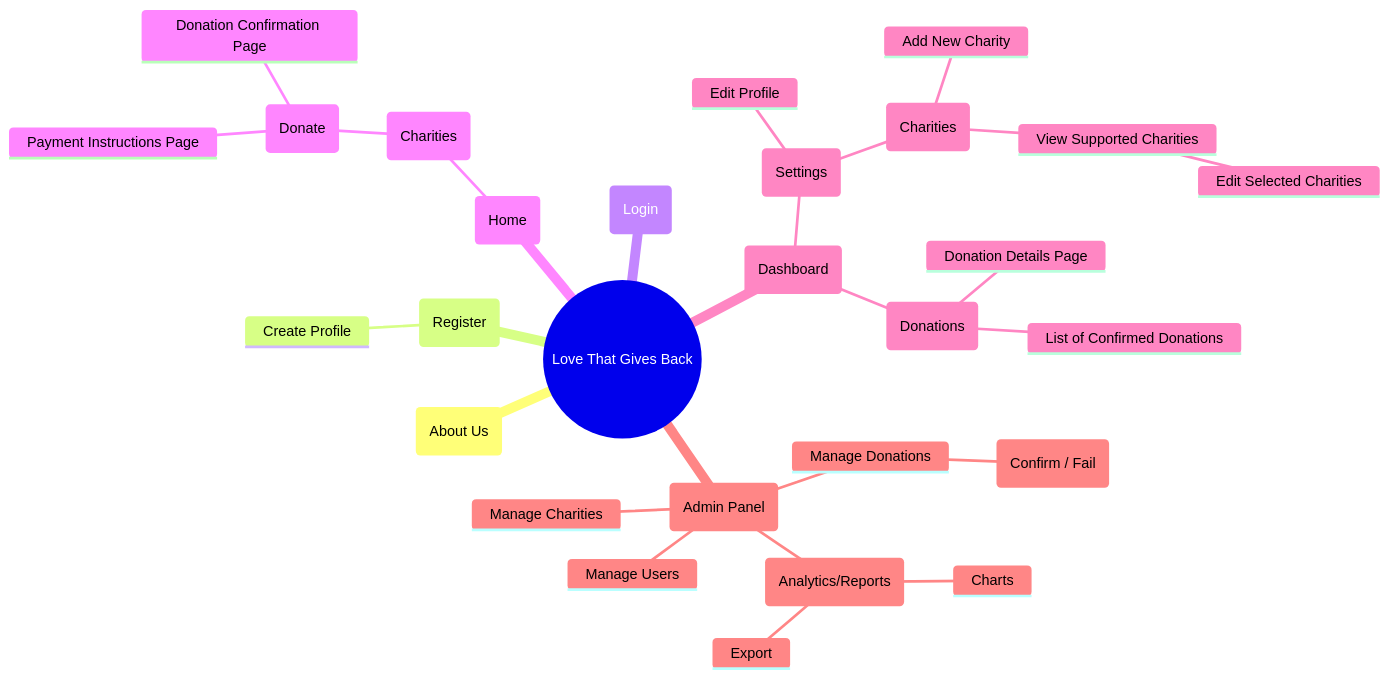
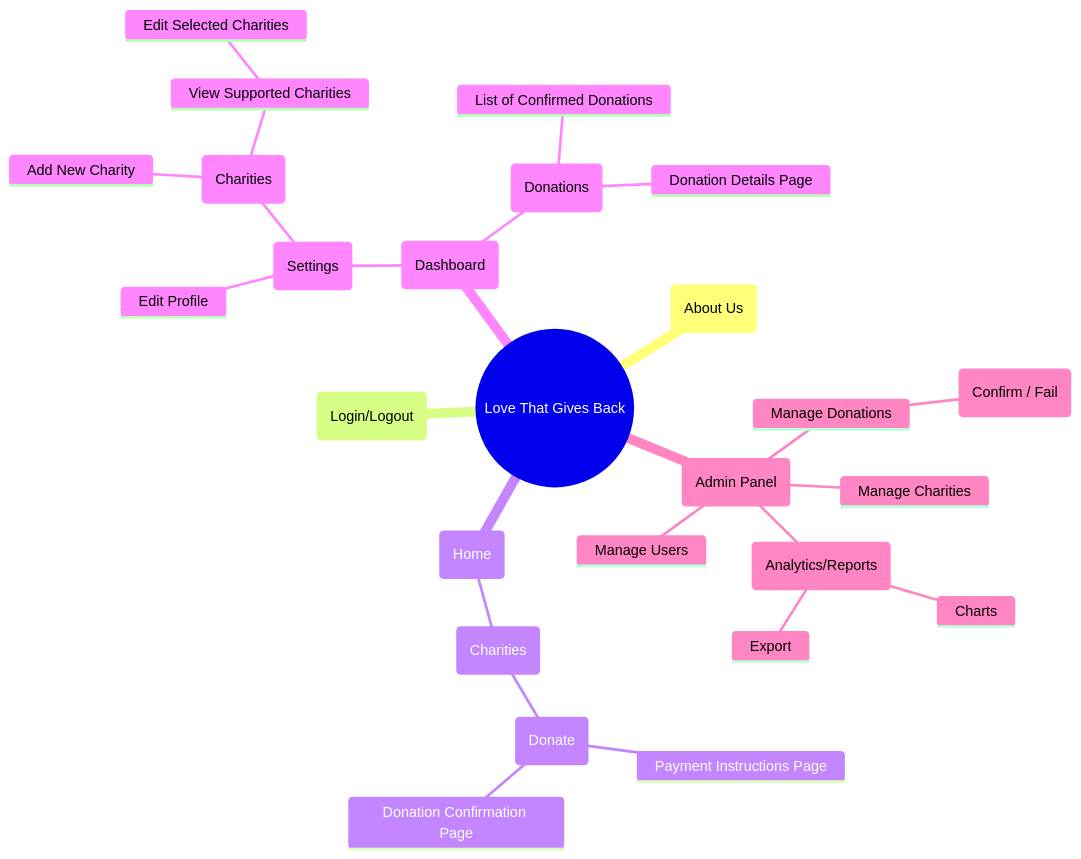
The second of 3 diagrams in README.md (alanmaizon/love_first), drawn with Mermaid before and after one commit.

````diff
--- a/README.md
+++ b/README.md
@@ -130,31 +130,29 @@
 ```mermaid
 mindmap
   root((Love That Gives Back))
       About / How It Works (About Us)
-      Registration Page (Register)
-        Create Profile
-      Login Page (Login)
+      Login Page (Login/Logout)
       Home Page (Home)
         Select Cause (Charities)
           Donation Form Page (Donate)
             Payment Instructions Page
            Donation Confirmation Page
       Couple Dashboard (Dashboard)
         Couple's Profile (Settings)
           Edit Profile
           Manage Supported Charities (Charities)
             Add New Charity
             View Supported Charities
               Edit Selected Charities
         View Donations (Donations)
           List of Confirmed Donations
           Donation Details Page
       Admin Dashboard (Admin Panel)
         Manage Donations
           (Confirm / Fail)
         View Overall Donation Statistics (Analytics/Reports)
           Charts
           Export
         Manage Users
         Manage Charities
 ```
````
